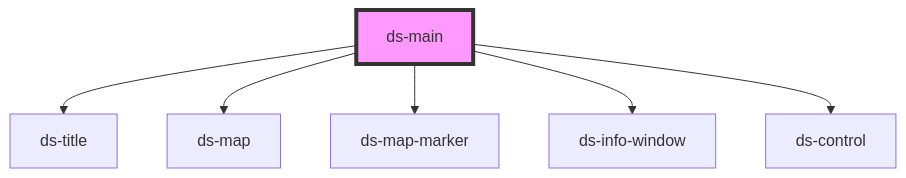
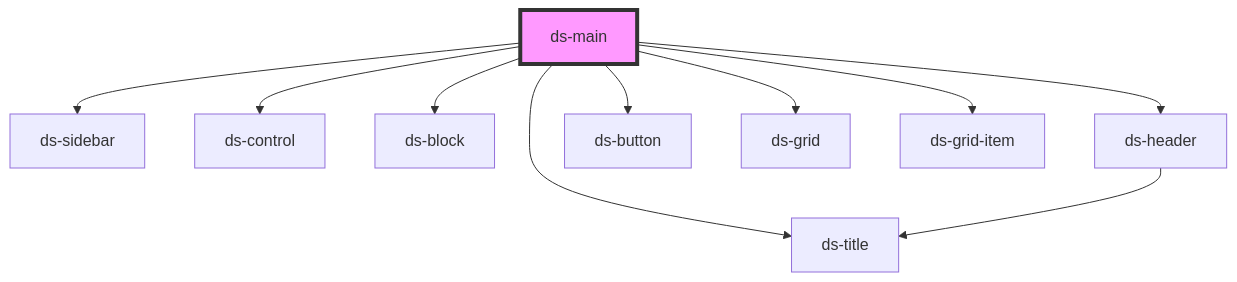
The diagram in components/readme.md (jezoock/dot-stash), drawn with Mermaid before and after one commit. The commit also changed other lines of this file and 515 other files, not shown here.

````diff
--- a/components/readme.md
+++ b/components/readme.md
@@ -32,9 +35,13 @@
 ```mermaid
 graph TD;
+  ds-main --> ds-sidebar
+  ds-main --> ds-control
+  ds-main --> ds-block
+  ds-main --> ds-header
+  ds-main --> ds-button
   ds-main --> ds-title
-  ds-main --> ds-map
-  ds-main --> ds-map-marker
-  ds-main --> ds-info-window
-  ds-main --> ds-control
+  ds-main --> ds-grid
+  ds-main --> ds-grid-item
+  ds-header --> ds-title
   style ds-main fill:#f9f,stroke:#333,stroke-width:4px
 ```
````
